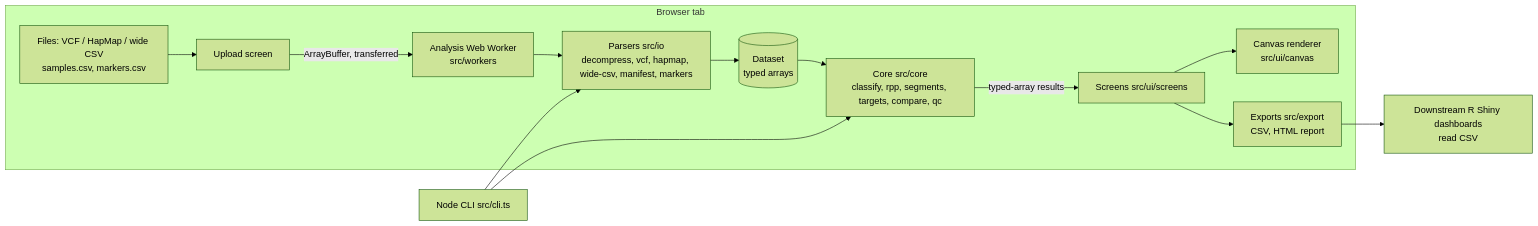
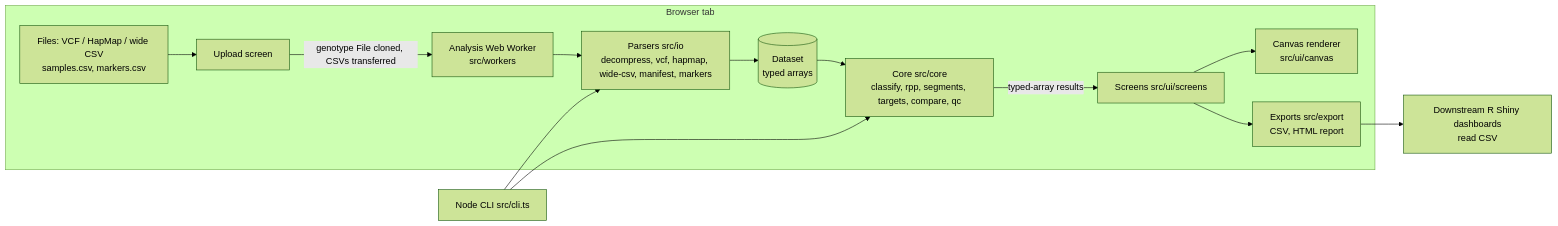
Before and after one commit to piercetaylor/backcross: the diagram in PLAN.md, drawn with Mermaid (forest theme). The commit also changed other lines of this file and 18 other files, not shown here.

````diff
--- a/PLAN.md
+++ b/PLAN.md
@@ -27,16 +27,16 @@
 ```mermaid
 flowchart LR
   subgraph Browser tab
     F[Files: VCF / HapMap / wide CSV<br/>samples.csv, markers.csv] --> U[Upload screen]
-    U -- ArrayBuffer, transferred --> W[Analysis Web Worker<br/>src/workers]
+    U -- genotype File cloned, CSVs transferred --> W[Analysis Web Worker<br/>src/workers]
     W --> P[Parsers src/io<br/>decompress, vcf, hapmap, wide-csv, manifest, markers]
     P --> D[(Dataset<br/>typed arrays)]
     D --> C[Core src/core<br/>classify, rpp, segments, targets, compare, qc]
     C -- typed-array results --> S[Screens src/ui/screens]
     S --> R[Canvas renderer<br/>src/ui/canvas]
     S --> E[Exports src/export<br/>CSV, HTML report]
   end
   CLI[Node CLI src/cli.ts] --> P
   CLI --> C
   E --> Shiny[Downstream R Shiny dashboards<br/>read CSV]
 ```
````
